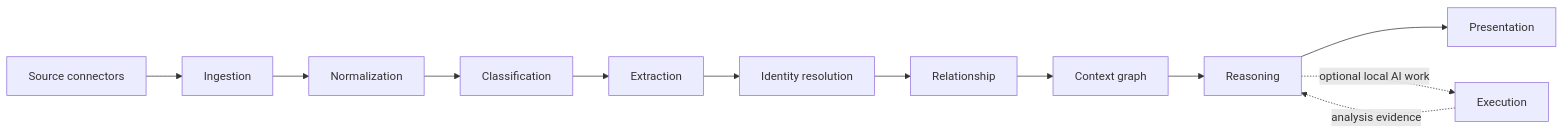
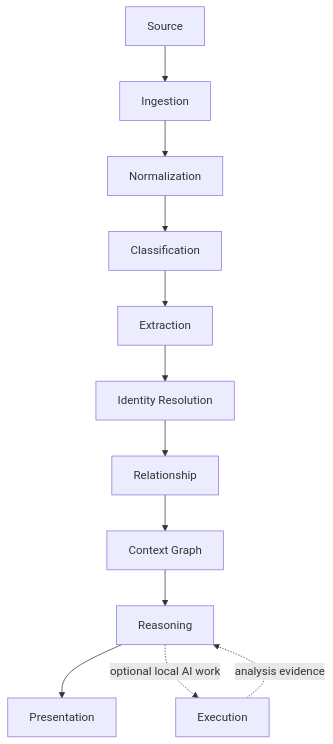
One commit to sx-tane/context-os changed the first of 4 diagrams in docs/ARCHITECTURE.md. Above: the diagram before and after it, drawn with Mermaid. The commit also changed other lines of this file and 9 other files, not shown here.

Commit message:
refactor: Update architecture diagrams and documentation for clarity and consistency

````diff
--- a/docs/ARCHITECTURE.md
+++ b/docs/ARCHITECTURE.md
@@ -9,18 +9,18 @@
 ```mermaid
-flowchart LR
-  source[Source connectors]
+flowchart TD
+  source[Source]
   ingestion[Ingestion]
   normalization[Normalization]
   classification[Classification]
   extraction[Extraction]
-  identity[Identity resolution]
+  identity[Identity Resolution]
   relationship[Relationship]
-  ctxgraph[Context graph]
+  ctxgraph[Context Graph]
   reasoning[Reasoning]
   execution[Execution]
   presentation[Presentation]
 
   source --> ingestion --> normalization --> classification --> extraction --> identity --> relationship --> ctxgraph --> reasoning --> presentation
   reasoning -. optional local AI work .-> execution
   execution -. analysis evidence .-> reasoning
 ```
````
